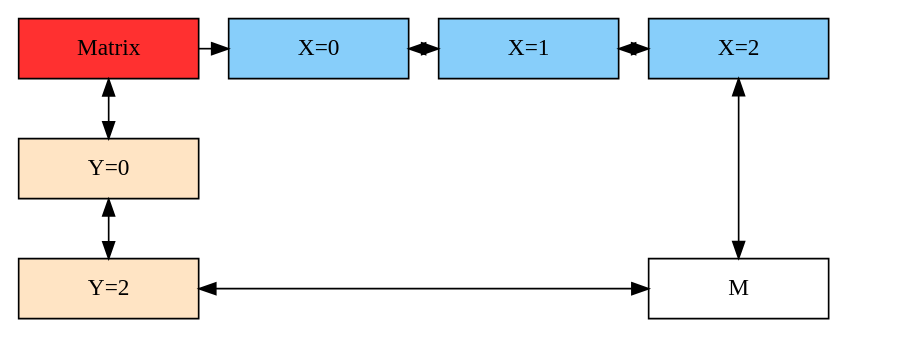
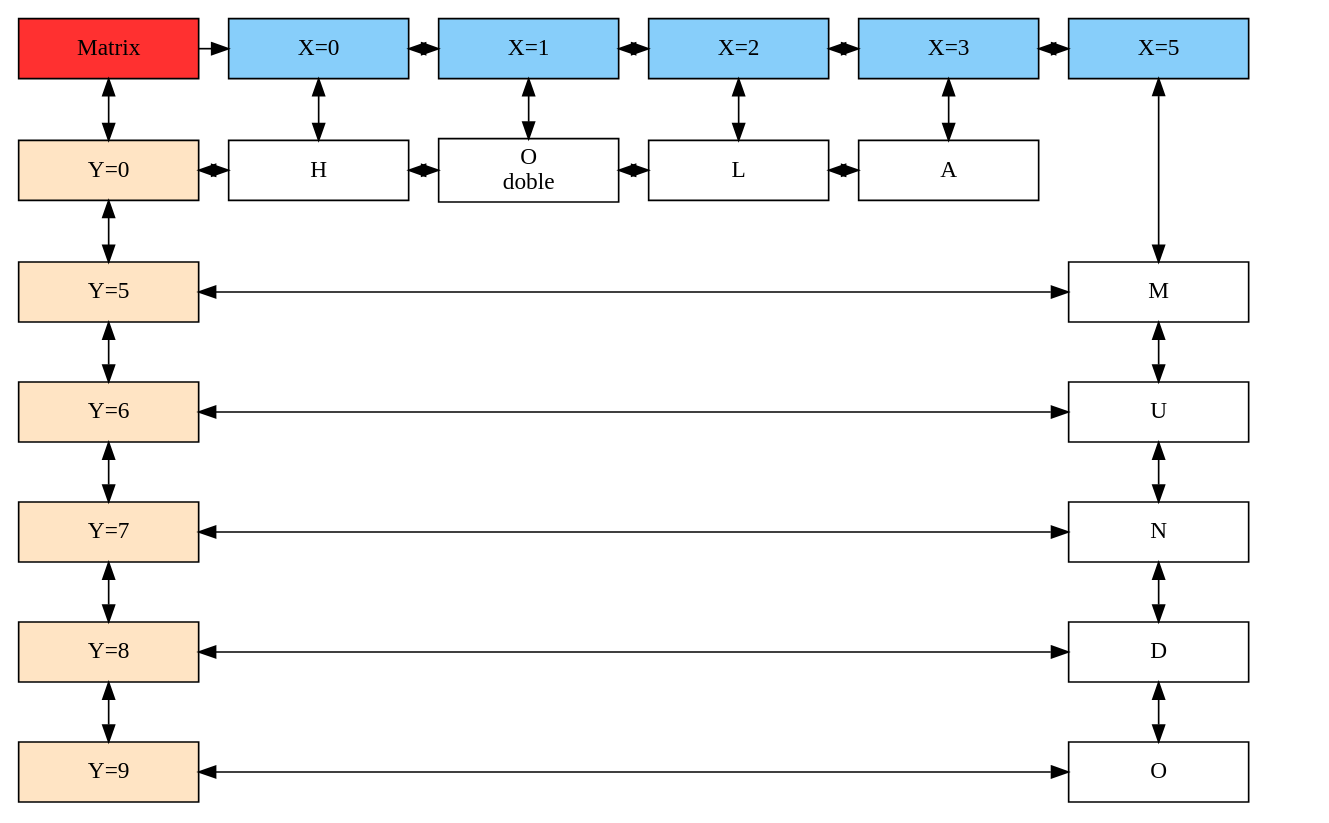
The diagram in EDD_Proyecto1/EDD_Proyecto1/Matrix.dot (elJuanjoRamos/EDD_1S2020_PY1_201801262), drawn with Graphviz before and after one commit. The commit also changed 11 other files, not shown here.

```diff
--- a/EDD_Proyecto1/EDD_Proyecto1/Matrix.dot
+++ b/EDD_Proyecto1/EDD_Proyecto1/Matrix.dot
@@ -1,24 +1,68 @@
 digraph Sparce_Matrix { 
  node [shape=box]
 	Mt[ label = "Matrix", width = 1.5, style = filled, fillcolor = firebrick1, group = 1 ];
 	e0[ shape = point, width = 0 ];
 e1[shape = point, width = 0];
 Nodox2 [label = "X=0" width = 1.5 style = filled, fillcolor = lightskyblue, group =2];
 Nodox5 [label = "X=1" width = 1.5 style = filled, fillcolor = lightskyblue, group =5];
-Nodox7 [label = "X=2"width = 1.5 style = filled, fillcolor = lightskyblue, group =7];
-Nodoy8->Nodoy9[constraint=false, dir=both];
+Nodox7 [label = "X=2" width = 1.5 style = filled, fillcolor = lightskyblue, group =7];
+Nodox9 [label = "X=3" width = 1.5 style = filled, fillcolor = lightskyblue, group =9];
+Nodox11 [label = "X=5"width = 1.5 style = filled, fillcolor = lightskyblue, group =11];
+Nodoy3->Nodoy4[constraint=false, dir=both];
+Nodoy4->Nodoy6[constraint=false, dir=both];
+Nodoy6->Nodoy8[constraint=false, dir=both];
+Nodoy8->Nodoy10[constraint=false, dir=both];
+Nodoy12->Nodoy13[constraint=false, dir=both];
+Nodoy14->Nodoy15[constraint=false, dir=both];
+Nodoy16->Nodoy17[constraint=false, dir=both];
+Nodoy18->Nodoy19[constraint=false, dir=both];
+Nodoy20->Nodoy21[constraint=false, dir=both];
 Nodoy3 [label = "Y=0" width = 1.5 style = filled, fillcolor = bisque1, group = 1  ];
-Nodoy8 [label = "Y=2"width = 1.5 style = filled, fillcolor = bisque1, group = 1  ];
-Nodox7->Nodoy9[dir=both]
+Nodoy12 [label = "Y=5" width = 1.5 style = filled, fillcolor = bisque1, group = 1  ];
+Nodoy14 [label = "Y=6" width = 1.5 style = filled, fillcolor = bisque1, group = 1  ];
+Nodoy16 [label = "Y=7" width = 1.5 style = filled, fillcolor = bisque1, group = 1  ];
+Nodoy18 [label = "Y=8" width = 1.5 style = filled, fillcolor = bisque1, group = 1  ];
+Nodoy20 [label = "Y=9"width = 1.5 style = filled, fillcolor = bisque1, group = 1  ];
+Nodox2->Nodoy4[dir=both]
+Nodox5->Nodoy6[dir=both]
+Nodox7->Nodoy8[dir=both]
+Nodox9->Nodoy10[dir=both]
+Nodox11->Nodoy13[dir=both]
+Nodoy13->Nodoy15[dir=both];
+Nodoy15->Nodoy17[dir=both];
+Nodoy17->Nodoy19[dir=both];
+Nodoy19->Nodoy21[dir=both];
 Mt->Nodox2;
 Nodox2->Nodox5[dir=both];
 Nodox5->Nodox7[dir=both];
+Nodox7->Nodox9[dir=both];
+Nodox9->Nodox11[dir=both];
 Mt->Nodoy3[dir=both];
-Nodoy3->Nodoy8[dir=both];
- { rank = same; Mt; Nodox2; Nodox5; Nodox7}
+Nodoy3->Nodoy12[dir=both];
+Nodoy12->Nodoy14[dir=both];
+Nodoy14->Nodoy16[dir=both];
+Nodoy16->Nodoy18[dir=both];
+Nodoy18->Nodoy20[dir=both];
+ { rank = same; Mt; Nodox2; Nodox5; Nodox7; Nodox9; Nodox11}
 Nodoy3[label = "Y=0" width = 1.5, group = 1];
-Nodoy8[label = "Y=2" width = 1.5, group = 1];
-Nodoy9[label = "M" width = 1.5, group = 7];
-{rank= same; Nodoy3}
- {rank=same;Nodoy8;Nodoy9}
+Nodoy4[label = "H" width = 1.5, group = 2];
+Nodoy6[label = "O\n doble" width = 1.5, group = 5];
+Nodoy8[label = "L" width = 1.5, group = 7];
+Nodoy10[label = "A" width = 1.5, group = 9];
+Nodoy12[label = "Y=5" width = 1.5, group = 1];
+Nodoy13[label = "M" width = 1.5, group = 11];
+Nodoy14[label = "Y=6" width = 1.5, group = 1];
+Nodoy15[label = "U" width = 1.5, group = 11];
+Nodoy16[label = "Y=7" width = 1.5, group = 1];
+Nodoy17[label = "N" width = 1.5, group = 11];
+Nodoy18[label = "Y=8" width = 1.5, group = 1];
+Nodoy19[label = "D" width = 1.5, group = 11];
+Nodoy20[label = "Y=9" width = 1.5, group = 1];
+Nodoy21[label = "O" width = 1.5, group = 11];
+{rank= same; Nodoy3;Nodoy4;Nodoy6;Nodoy8;Nodoy10}
+ {rank=same;Nodoy12;Nodoy13}
+ {rank=same;Nodoy14;Nodoy15}
+ {rank=same;Nodoy16;Nodoy17}
+ {rank=same;Nodoy18;Nodoy19}
+ {rank=same;Nodoy20;Nodoy21}
 }
```
